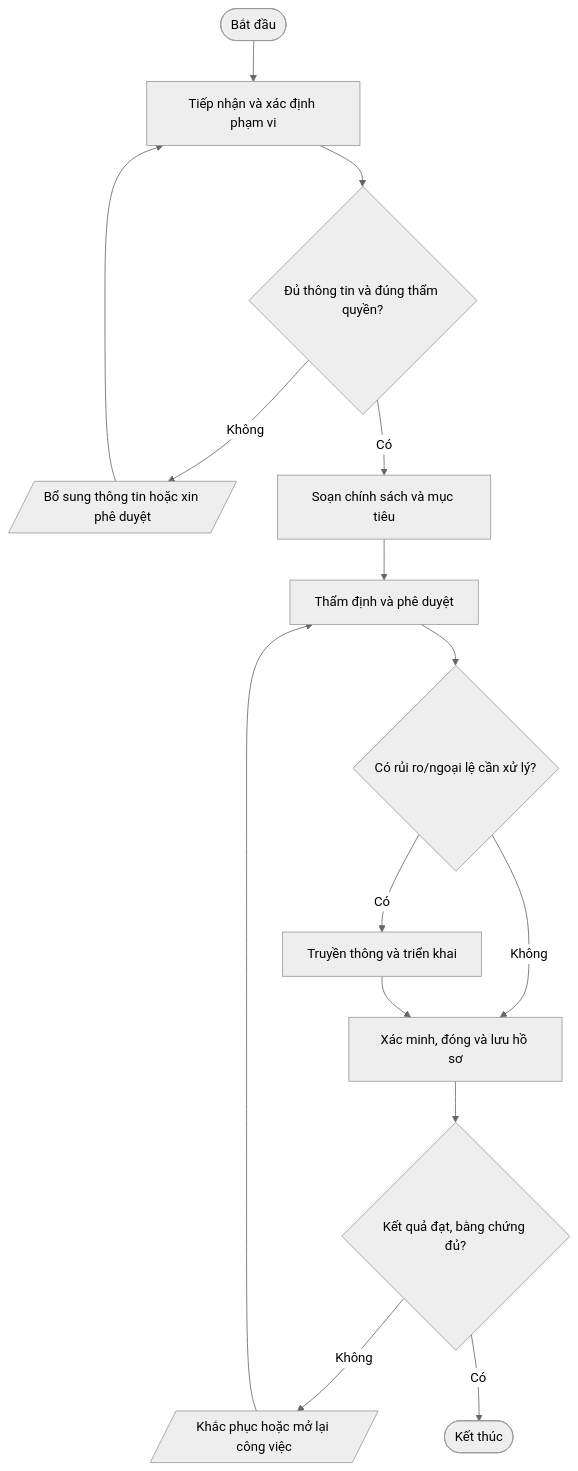
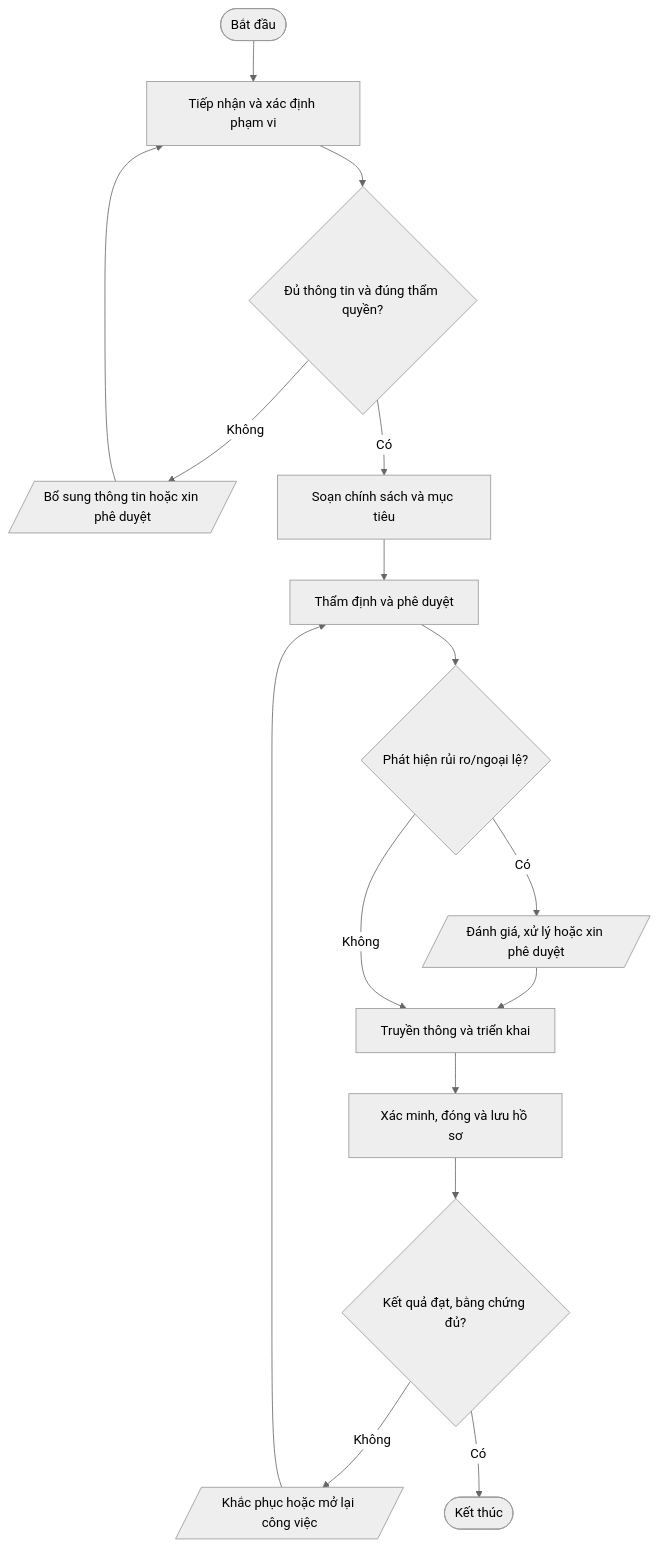
One commit to daoaigiangnam/Quy_Trinh_Chuan changed the first of 7 diagrams in quy-trinh/01-Quan-tri-ISMS/README.md. Above: the diagram before and after it, drawn with Mermaid (neutral theme). The commit also changed other lines of this file, not shown here.

Commit message:
docs: correct procedure flowchart decision paths

````diff
--- a/quy-trinh/01-Quan-tri-ISMS/README.md
+++ b/quy-trinh/01-Quan-tri-ISMS/README.md
@@ -53,17 +53,18 @@
 ```mermaid
 flowchart TD
   A([Bắt đầu]) --> S1["Tiếp nhận và xác định phạm vi"]
   S1 --> D1{"Đủ thông tin và đúng thẩm quyền?"}
   D1 -- Không --> F1[/"Bổ sung thông tin hoặc xin phê duyệt"/]
   F1 --> S1
   D1 -- Có --> S2["Soạn chính sách và mục tiêu"]
   S2 --> S3["Thẩm định và phê duyệt"]
-  S3 --> D2{"Có rủi ro/ngoại lệ cần xử lý?"}
-  D2 -- Có --> S4["Truyền thông và triển khai"]
-  D2 -- Không --> S5["Xác minh, đóng và lưu hồ sơ"]
-  S4 --> S5
+  S3 --> D2{"Phát hiện rủi ro/ngoại lệ?"}
+  D2 -- Có --> RISK[/"Đánh giá, xử lý hoặc xin phê duyệt"/]
+  RISK --> S4["Truyền thông và triển khai"]
+  D2 -- Không --> S4
+  S4 --> S5["Xác minh, đóng và lưu hồ sơ"]
   S5 --> D3{"Kết quả đạt, bằng chứng đủ?"}
   D3 -- Không --> R[/"Khắc phục hoặc mở lại công việc"/]
   R --> S3
   D3 -- Có --> Z([Kết thúc])
 ```
````
